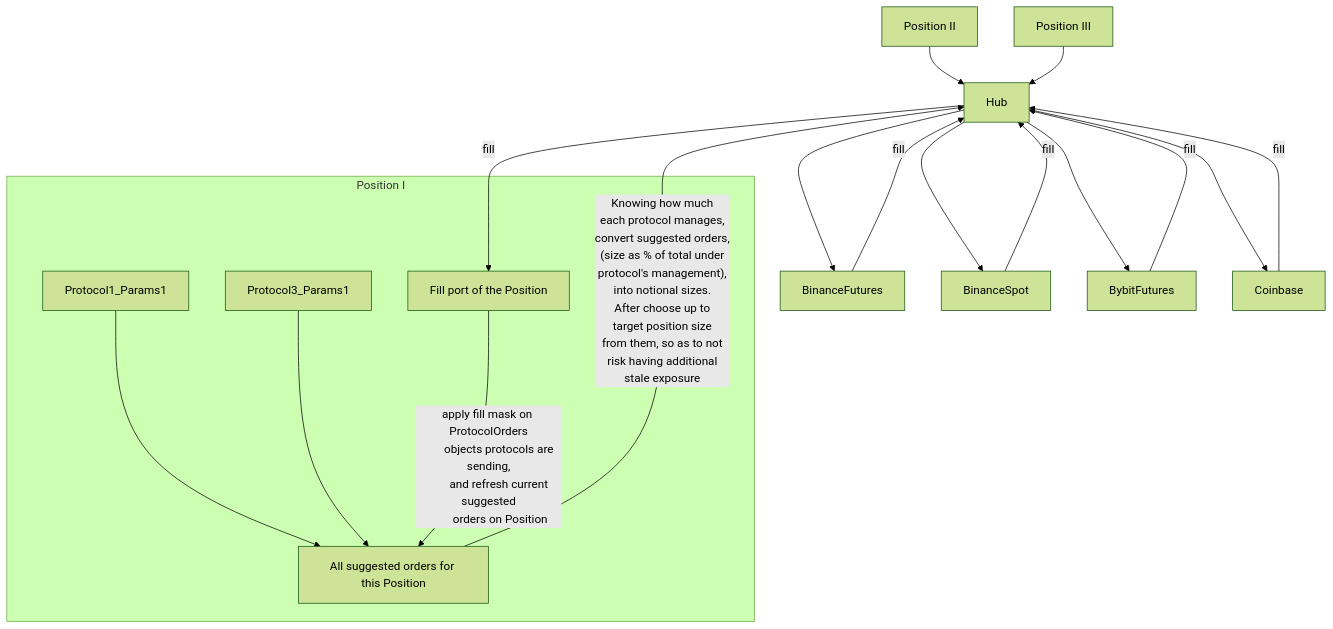
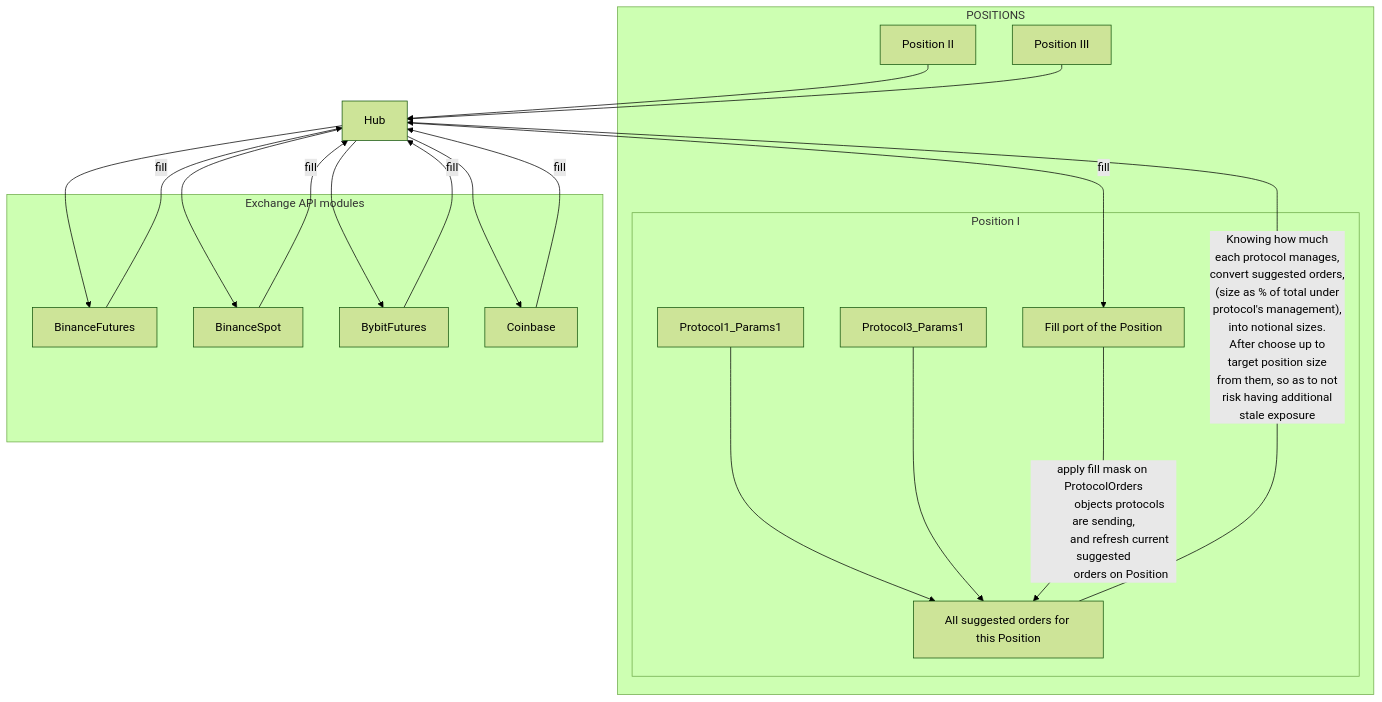
Before and after one commit to valeratrades/discretionary_engine: the diagram in docs/ARCHITECTURE.md, drawn with Mermaid (forest theme).

Commit message:
docs: architecture

````diff
--- a/docs/ARCHITECTURE.md
+++ b/docs/ARCHITECTURE.md
@@ -2,41 +2,53 @@
 ```mermaid
 flowchart TD
     Hub["Hub"]
 
-    subgraph cluster_position_1 ["Position I"]
-        Protocol1_Params1 --> S
-        Protocol3_Params1 --> S
+    subgraph positions ["POSITIONS"]
+        subgraph cluster_position_1 ["Position I"]
+            Protocol1_Params1 --> S
+            Protocol3_Params1 --> S
 
-        F --> |"apply fill mask on ProtocolOrders
-        objects protocols are sending,
-        and refresh current suggested
-        orders on Position"| S
+            F --> |"apply fill mask on ProtocolOrders
+            objects protocols are sending,
+            and refresh current suggested
+            orders on Position"| S
 
-        S["All suggested orders for this Position"]
+            S["All suggested orders for this Position"]
 
-        F["Fill port of the Position"]
+            F["Fill port of the Position"]
+        end
+        PositionII["Position II"]
+        PositionIII["Position III"]
     end
+    PositionII --> Hub
+    PositionIII --> Hub
     S --> |"Knowing how much
     each protocol manages,
     convert suggested orders,
     (size as % of total under
     protocol's management),
     into notional sizes.
     After choose up to
     target position size
     from them, so as to not
     risk having additional
     stale exposure"| Hub
+    Hub -->|"fill"| F
 
-    PositionII["Position II"] --> Hub
-    PositionIII["Position III"] --> Hub
-    Hub -->|"fill"| F
+
+    subgraph cluster_exchanges ["Exchange API modules"]
+        BinanceFutures
+        BinanceSpot
+        BybitFutures
+        Coinbase
+    end
+  
+    BinanceFutures -->|"fill"| Hub
+    BinanceSpot -->|"fill"| Hub
+    BybitFutures -->|"fill"| Hub
+    Coinbase -->|"fill"| Hub
     Hub --> BinanceFutures
-    BinanceFutures -->|"fill"| Hub
     Hub --> BinanceSpot
-    BinanceSpot -->|"fill"| Hub
     Hub --> BybitFutures
-    BybitFutures -->|"fill"| Hub
     Hub --> Coinbase
-    Coinbase -->|"fill"| Hub
 ```
````
